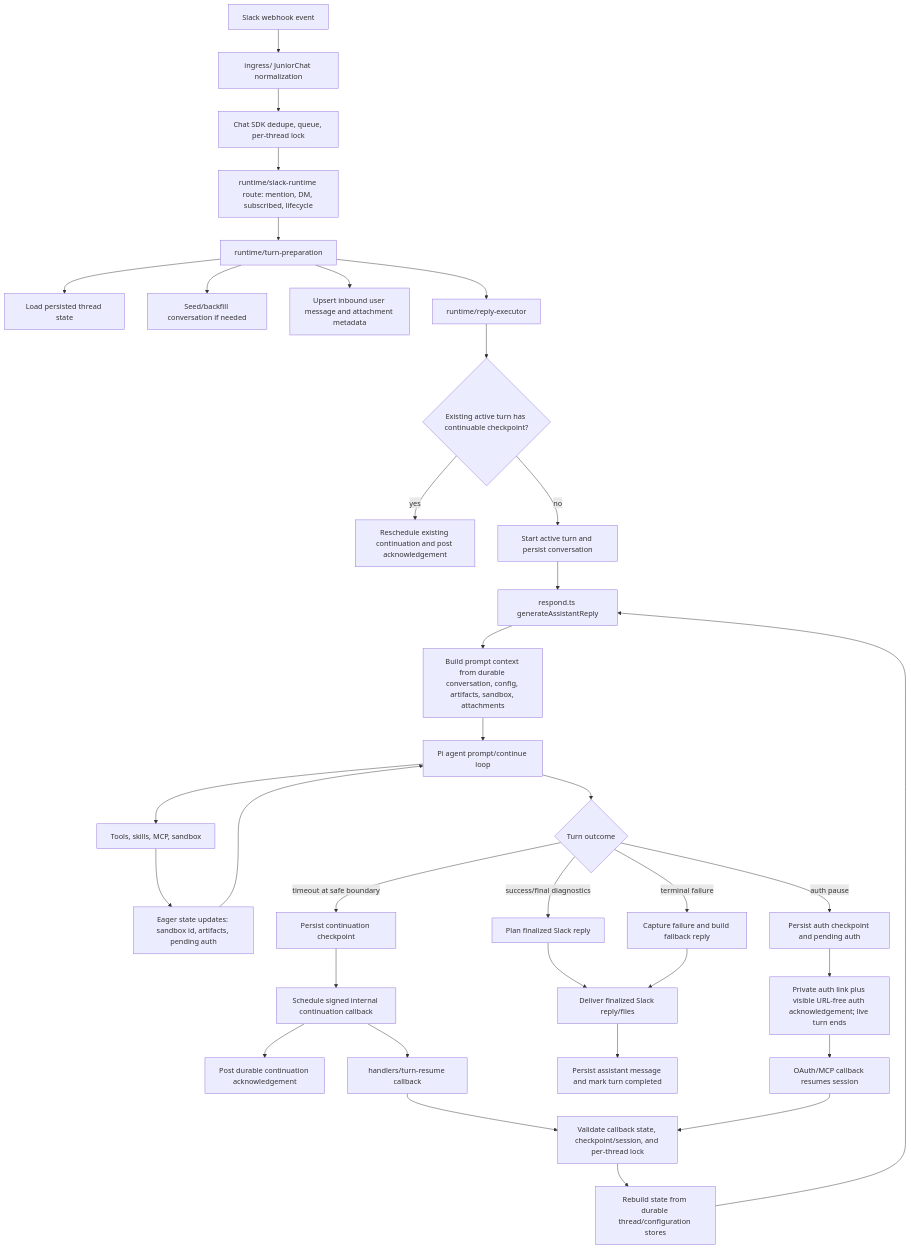
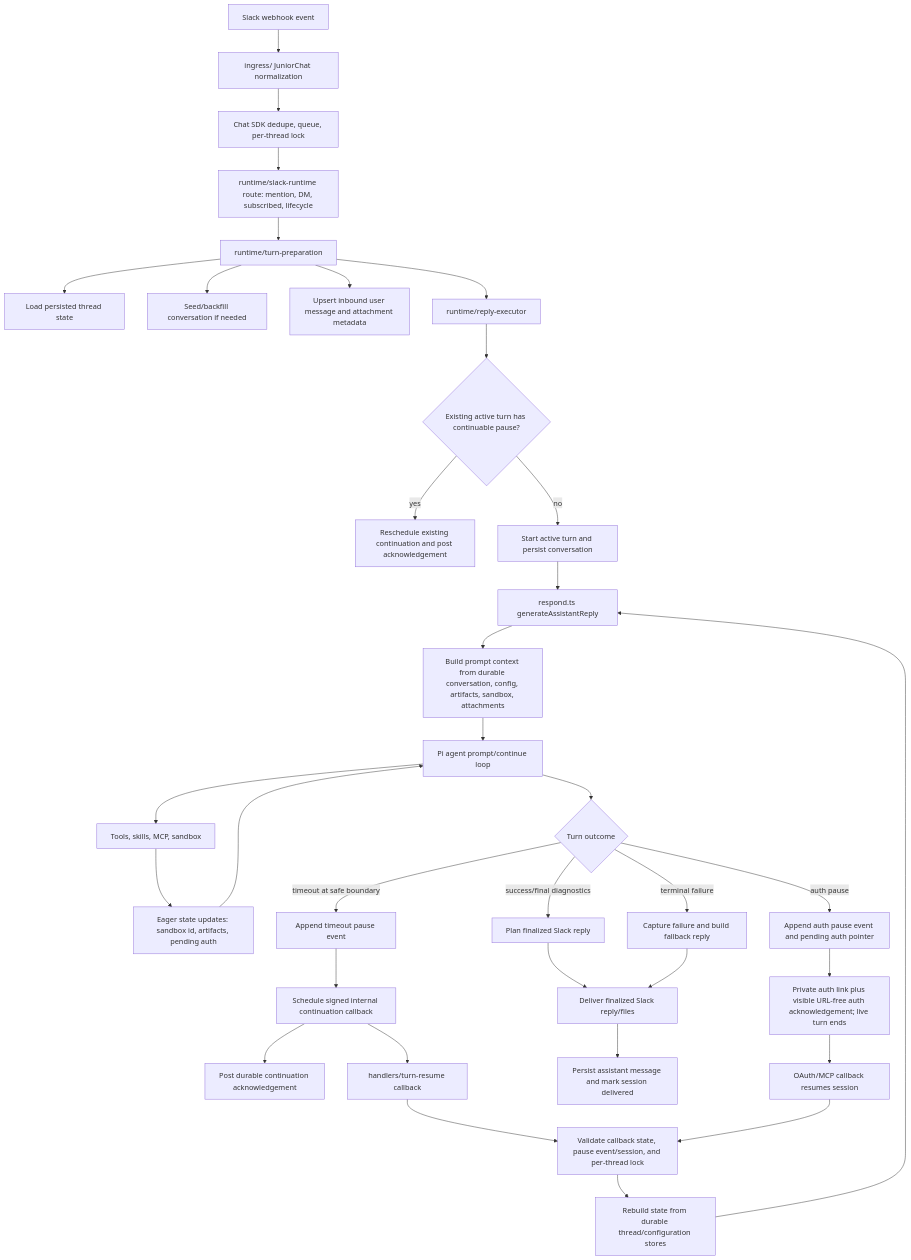
The diagram in specs/chat-architecture.md (getsentry/junior), drawn with Mermaid before and after one commit. The commit also changed other lines of this file and 77 other files, not shown here.

First line of the commit message:
ref(chat): Move turn history into session log

````diff
--- a/specs/chat-architecture.md
+++ b/specs/chat-architecture.md
@@ -38,37 +38,37 @@
 ```mermaid
 flowchart TD
   A[Slack webhook event] --> B[ingress/ JuniorChat normalization]
   B --> C[Chat SDK dedupe, queue, per-thread lock]
   C --> D[runtime/slack-runtime route: mention, DM, subscribed, lifecycle]
   D --> E[runtime/turn-preparation]
   E --> E1[Load persisted thread state]
   E --> E2[Seed/backfill conversation if needed]
   E --> E3[Upsert inbound user message and attachment metadata]
   E --> F[runtime/reply-executor]
-  F --> G{Existing active turn has continuable checkpoint?}
+  F --> G{Existing active turn has continuable pause?}
   G -->|yes| H[Reschedule existing continuation and post acknowledgement]
   G -->|no| I[Start active turn and persist conversation]
   I --> J[respond.ts generateAssistantReply]
   J --> K[Build prompt context from durable conversation, config, artifacts, sandbox, attachments]
   K --> L[Pi agent prompt/continue loop]
   L --> M[Tools, skills, MCP, sandbox]
   M --> N[Eager state updates: sandbox id, artifacts, pending auth]
   N --> L
   L --> O{Turn outcome}
   O -->|success/final diagnostics| P[Plan finalized Slack reply]
-  O -->|auth pause| Q[Persist auth checkpoint and pending auth]
-  O -->|timeout at safe boundary| R[Persist continuation checkpoint]
+  O -->|auth pause| Q[Append auth pause event and pending auth pointer]
+  O -->|timeout at safe boundary| R[Append timeout pause event]
   O -->|terminal failure| S[Capture failure and build fallback reply]
   R --> T[Schedule signed internal continuation callback]
   T --> U[Post durable continuation acknowledgement]
   Q --> V[Private auth link plus visible URL-free auth acknowledgement; live turn ends]
   V --> AB[OAuth/MCP callback resumes session]
   P --> W[Deliver finalized Slack reply/files]
   S --> W
-  W --> X[Persist assistant message and mark turn completed]
+  W --> X[Persist assistant message and mark session delivered]
   T --> Y[handlers/turn-resume callback]
-  Y --> Z[Validate callback state, checkpoint/session, and per-thread lock]
+  Y --> Z[Validate callback state, pause event/session, and per-thread lock]
   AB --> Z
   Z --> AA[Rebuild state from durable thread/configuration stores]
   AA --> J
 ```
````
